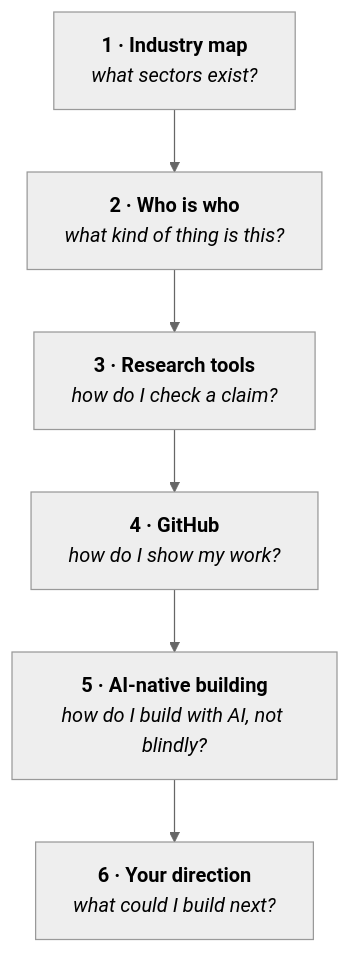
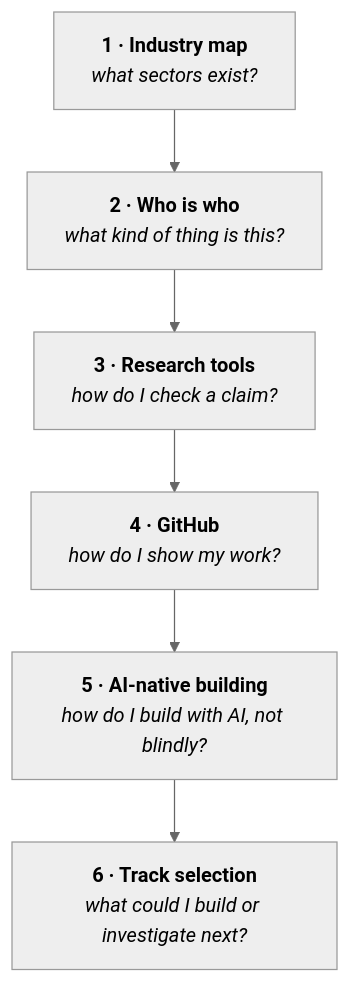
One commit to Blockchain-NTU-SG/academy-handbook changed the diagram in docs/foundation/week-4/README.md. Above: the diagram before and after it, drawn with Mermaid (neutral theme). The commit also changed other lines of this file and 50 other files, not shown here.

First line of the commit message:
refactor(academy): finalize two-track curriculum architecture

````diff
--- a/docs/foundation/week-4/README.md
+++ b/docs/foundation/week-4/README.md
@@ -40,10 +40,10 @@
 ```mermaid
 flowchart TD
   P1["<b>1 · Industry map</b><br/><i>what sectors exist?</i>"]
   P2["<b>2 · Who is who</b><br/><i>what kind of thing is this?</i>"]
   P3["<b>3 · Research tools</b><br/><i>how do I check a claim?</i>"]
   P4["<b>4 · GitHub</b><br/><i>how do I show my work?</i>"]
   P5["<b>5 · AI-native building</b><br/><i>how do I build with AI, not blindly?</i>"]
-  P6["<b>6 · Your direction</b><br/><i>what could I build next?</i>"]
+  P6["<b>6 · Track selection</b><br/><i>what could I build or investigate next?</i>"]
   P1 --> P2 --> P3 --> P4 --> P5 --> P6
 ```
````
